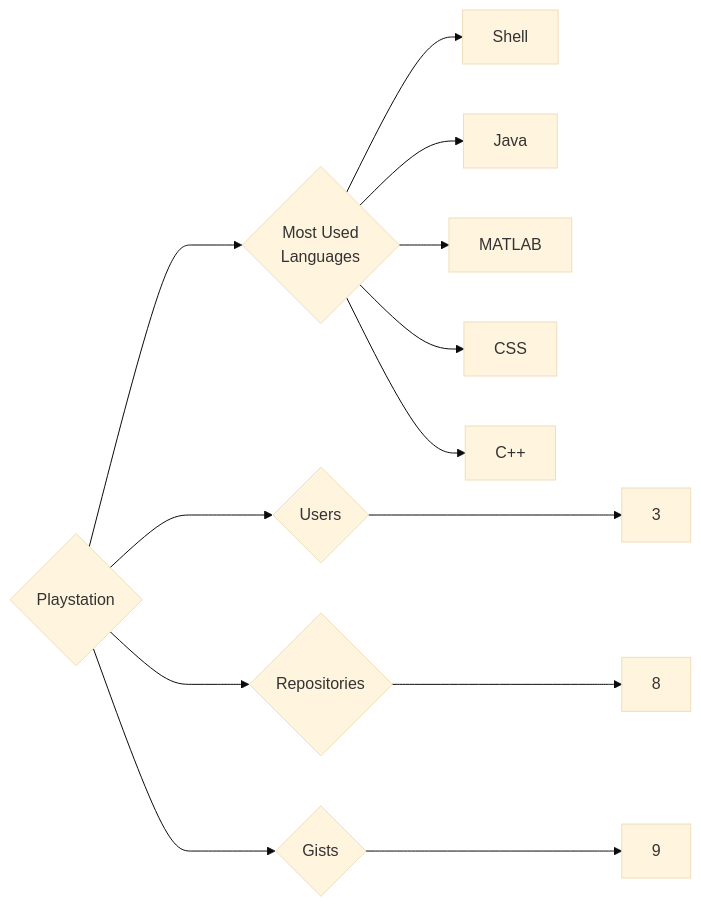
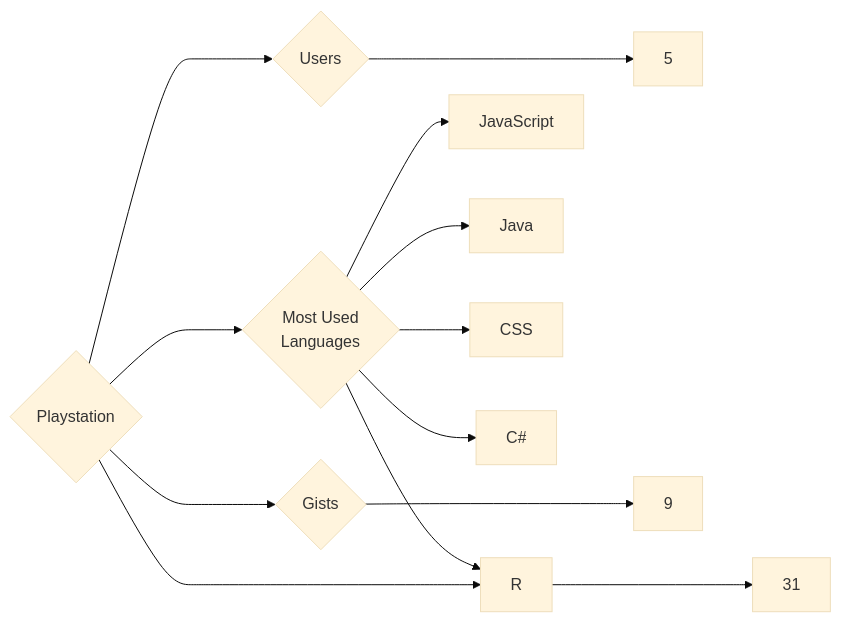
The diagram in targets/Playstation/README.md (trickest/insiders), drawn with Mermaid (base theme) before and after one commit. The commit also changed 969 other files, not shown here.

````diff
--- a/targets/Playstation/README.md
+++ b/targets/Playstation/README.md
@@ -3,13 +3,13 @@
 ```mermaid
 graph LR
 COMPANY_NAME{Playstation}
-COMPANY_NAME ---> U{Users} ---> UN[3]
-COMPANY_NAME ---> R{Repositories} ---> RN[8]
+COMPANY_NAME ---> U{Users} ---> UN[5]
+COMPANY_NAME ---> R{Repositories} ---> RN[31]
 COMPANY_NAME ---> G{Gists} ---> GN[9]
 COMPANY_NAME ---> ML{Most Used<br>Languages}
-ML --> Shell[Shell]
+ML --> JavaScript[JavaScript]
+ML --> R[R]
 ML --> Java[Java]
-ML --> MATLAB[MATLAB]
 ML --> CSS[CSS]
-ML --> C++[C++]
+ML --> C#[C#]
 ```
````
